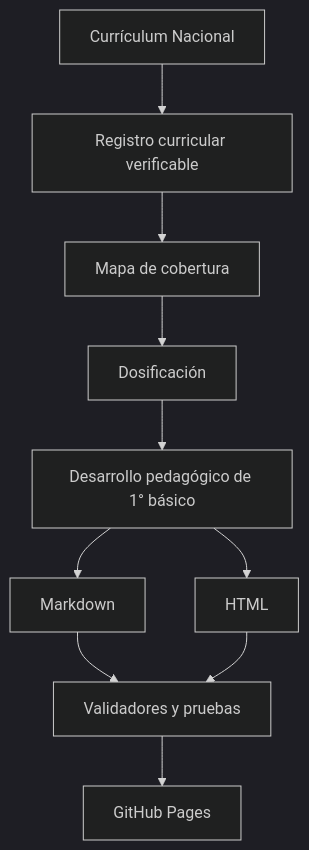
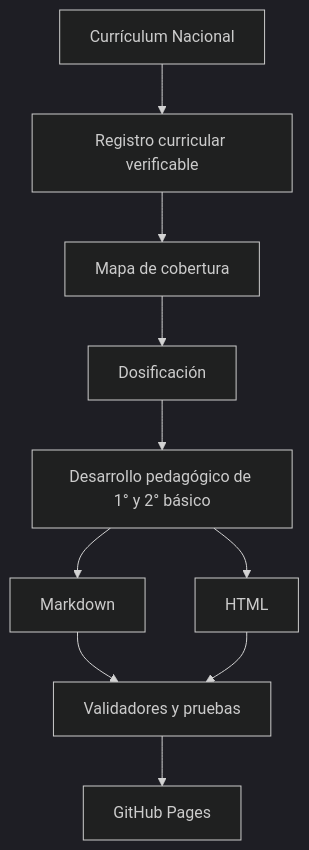
Before and after one commit to vladimiracunadev-create/chilean-school-learning-path: the second of 2 diagrams in README.md, drawn with Mermaid (dark theme). The commit also changed other lines of this file and 478 other files, not shown here.

````diff
--- a/README.md
+++ b/README.md
@@ -279,12 +281,12 @@
 ```mermaid
 flowchart TD
     A[Currículum Nacional] --> B[Registro curricular verificable]
     B --> C[Mapa de cobertura]
     C --> D[Dosificación]
-    D --> E[Desarrollo pedagógico de 1° básico]
+    D --> E[Desarrollo pedagógico de 1° y 2° básico]
     E --> F[Markdown]
     E --> G[HTML]
     F --> H[Validadores y pruebas]
     G --> H
     H --> I[GitHub Pages]
 ```
````
